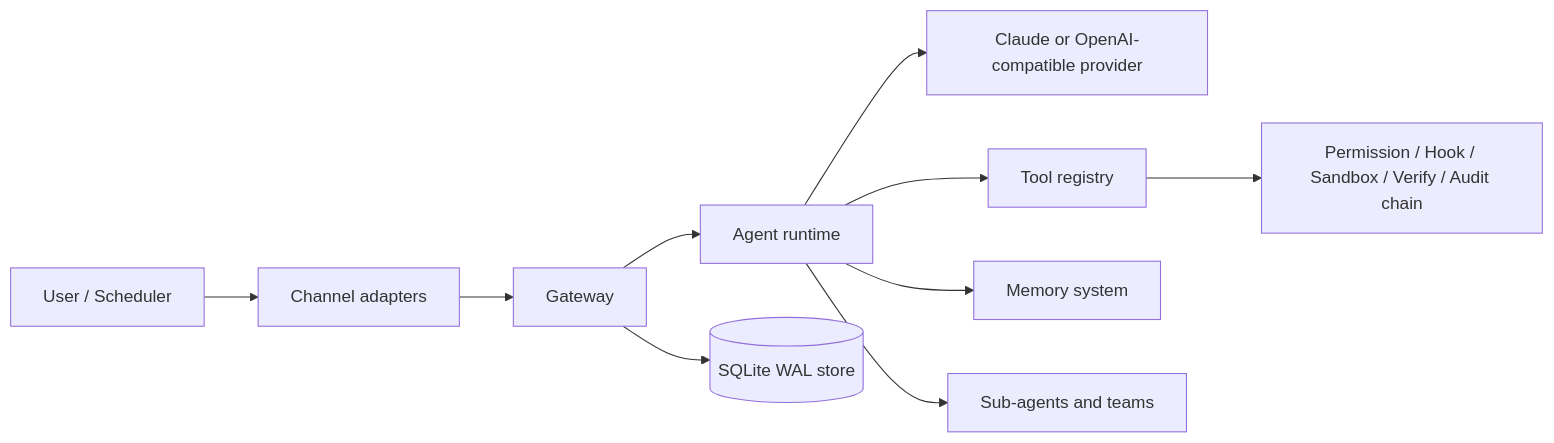
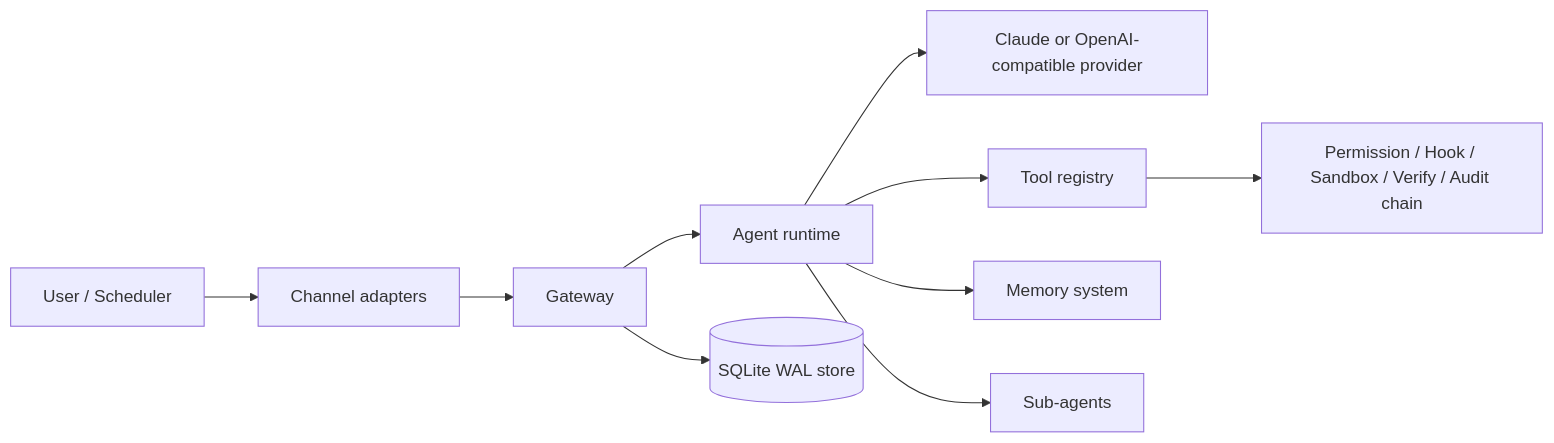
The diagram in README.md (Forest-Isle/daimon), drawn with Mermaid before and after one commit. The commit also changed other lines of this file and 4 other files, not shown here.

````diff
--- a/README.md
+++ b/README.md
@@ -21,12 +9,12 @@
 ```mermaid
 flowchart LR
     User[User / Scheduler] --> Channel[Channel adapters]
     Channel --> Gateway[Gateway]
     Gateway --> Agent[Agent runtime]
     Agent --> Provider[Claude or OpenAI-compatible provider]
     Agent --> Tools[Tool registry]
     Agent --> Memory[Memory system]
-    Agent --> Agents[Sub-agents and teams]
+    Agent --> Agents[Sub-agents]
     Tools --> Sandbox[Permission / Hook / Sandbox / Verify / Audit chain]
     Gateway --> Store[(SQLite WAL store)]
 ```
````
